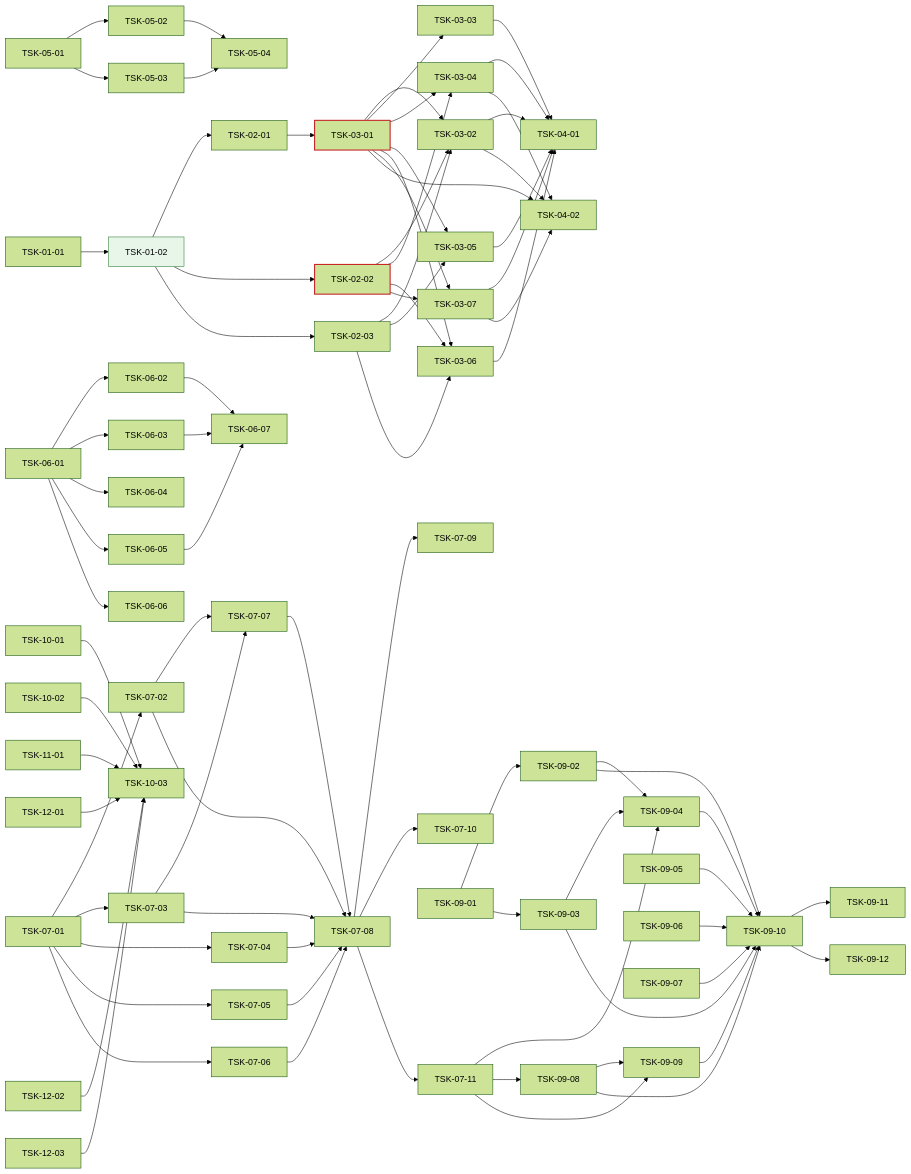
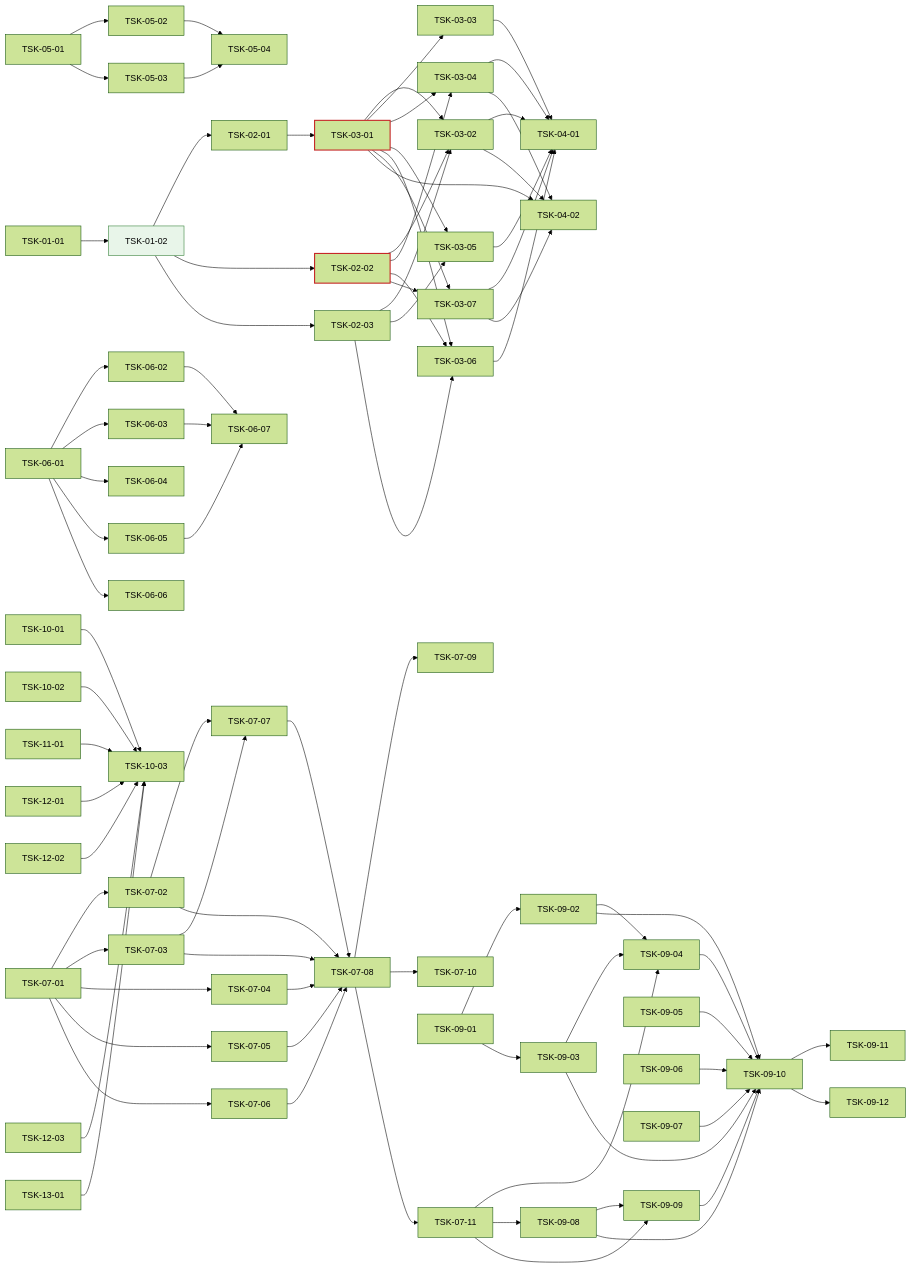
Before and after one commit to jongik-sv/oranda: the diagram in docs/oranda1/wbs.md, drawn with Mermaid (forest theme). The commit also changed other lines of this file and 11 other files, not shown here.

```diff
--- a/docs/oranda1/wbs.md
+++ b/docs/oranda1/wbs.md
@@ -950,6 +964,7 @@
   TSK-12-01 --> TSK-10-03
   TSK-12-02 --> TSK-10-03
   TSK-12-03 --> TSK-10-03
+  TSK-13-01 --> TSK-10-03
   style TSK-01-02 fill:#e8f5e9,stroke:#2e7d32
   style TSK-03-01 stroke:#c62828,stroke-width:2px
   style TSK-02-02 stroke:#c62828,stroke-width:2px
```
